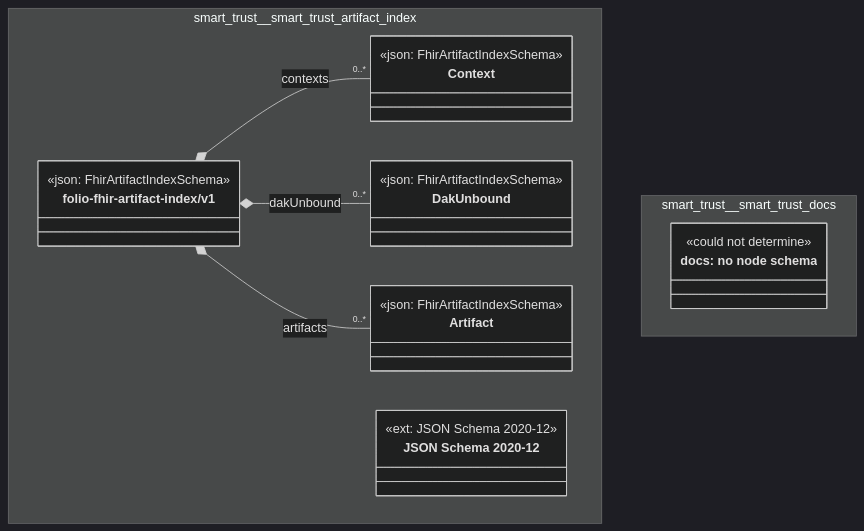
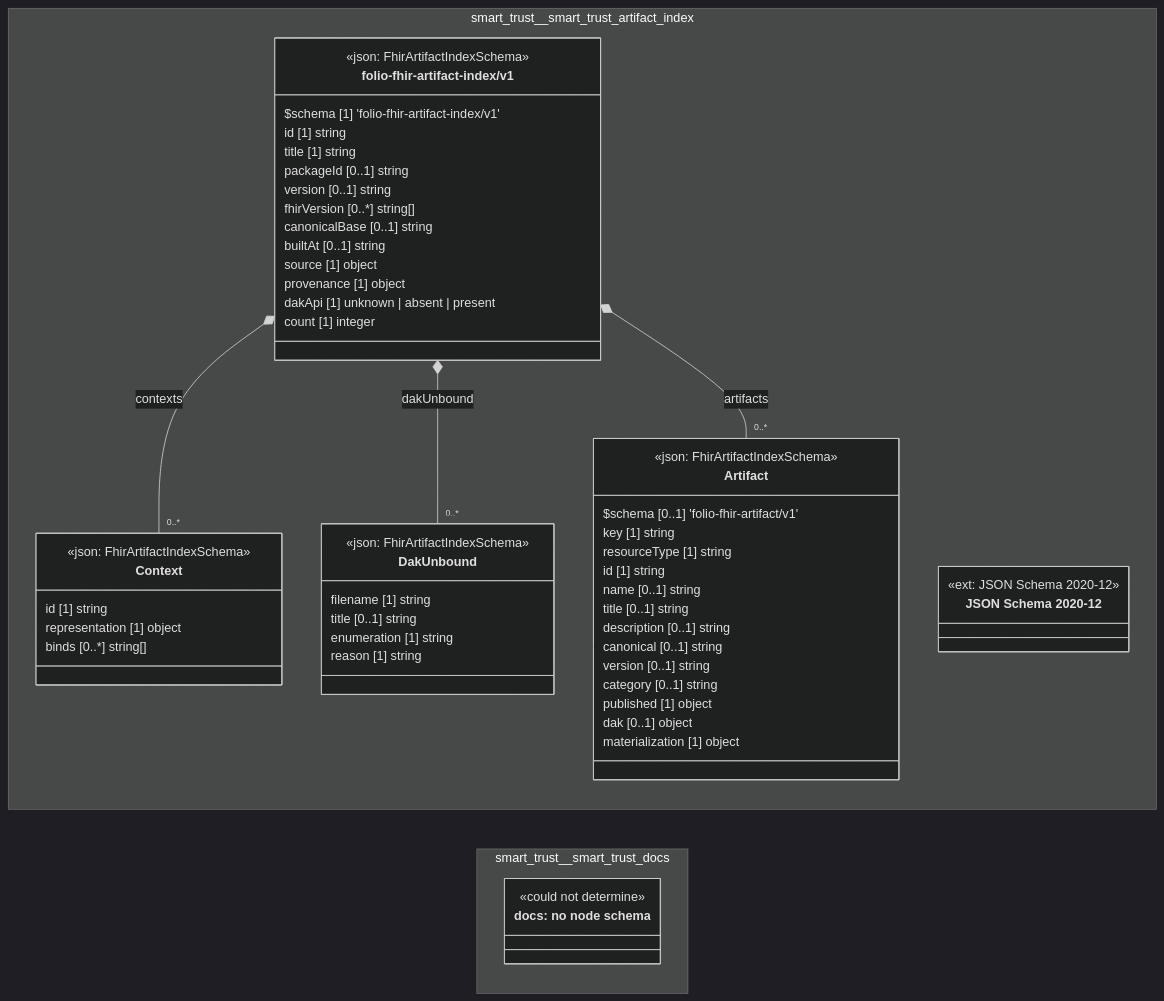
Before and after one commit to litlfred/folio-assistant: the diagram in cat-harness/docs/uml/overview/smart-trust.md, drawn with Mermaid (dark theme). The commit also changed 92 other files, not shown here.

First line of the commit message:
uml: data fields and a vertical stack on the overview; PlantUML coloured from uml.css

````diff
--- a/cat-harness/docs/uml/overview/smart-trust.md
+++ b/cat-harness/docs/uml/overview/smart-trust.md
@@ -12,36 +12,68 @@
 ```mermaid
 classDiagram
-  direction TB
+  direction LR
   namespace smart_trust__smart_trust_artifact_index {
     class smart_trust_smart_trust_artifact_index_folio_fhir_artifact_index_v1_Context["Context"] {
       <<json: FhirArtifactIndexSchema>>
+      id [1] string
+      representation [1] object
+      binds [0..*] string[]
     }
     class smart_trust_smart_trust_artifact_index_folio_fhir_artifact_index_v1_DakUnbound["DakUnbound"] {
       <<json: FhirArtifactIndexSchema>>
+      filename [1] string
+      title [0..1] string
+      enumeration [1] string
+      reason [1] string
     }
     class smart_trust_smart_trust_artifact_index_folio_fhir_artifact_index_v1_Artifact["Artifact"] {
       <<json: FhirArtifactIndexSchema>>
+      $schema [0..1] 'folio-fhir-artifact/v1'
+      key [1] string
+      resourceType [1] string
+      id [1] string
+      name [0..1] string
+      title [0..1] string
+      description [0..1] string
+      canonical [0..1] string
+      version [0..1] string
+      category [0..1] string
+      published [1] object
+      dak [0..1] object
+      materialization [1] object
     }
     class smart_trust_smart_trust_artifact_index_folio_fhir_artifact_index_v1_folio_fhir_artifact_index_v1["folio-fhir-artifact-index/v1"] {
       <<json: FhirArtifactIndexSchema>>
+      $schema [1] 'folio-fhir-artifact-index/v1'
+      id [1] string
+      title [1] string
+      packageId [0..1] string
+      version [0..1] string
+      fhirVersion [0..*] string[]
+      canonicalBase [0..1] string
+      builtAt [0..1] string
+      source [1] object
+      provenance [1] object
+      dakApi [1] unknown | absent | present
+      count [1] integer
     }
     class smart_trust_smart_trust_artifact_index_https___json_schema_org_draft_2020_12_schema["JSON Schema 2020-12"] {
       <<ext: JSON Schema 2020-12>>
     }
   }
   namespace smart_trust__smart_trust_docs {
     class n_smart_trust_smart_trust_docs_docs["docs: no node schema"] {
       <<could not determine>>
     }
   }
   smart_trust_smart_trust_artifact_index_folio_fhir_artifact_index_v1_folio_fhir_artifact_index_v1 *-- "0..*" smart_trust_smart_trust_artifact_index_folio_fhir_artifact_index_v1_Context : contexts
   smart_trust_smart_trust_artifact_index_folio_fhir_artifact_index_v1_folio_fhir_artifact_index_v1 *-- "0..*" smart_trust_smart_trust_artifact_index_folio_fhir_artifact_index_v1_DakUnbound : dakUnbound
   smart_trust_smart_trust_artifact_index_folio_fhir_artifact_index_v1_folio_fhir_artifact_index_v1 *-- "0..*" smart_trust_smart_trust_artifact_index_folio_fhir_artifact_index_v1_Artifact : artifacts
   cssClass "smart_trust_smart_trust_artifact_index_folio_fhir_artifact_index_v1_Context" fa_uml_kind_fhir_artifact_index
   cssClass "smart_trust_smart_trust_artifact_index_folio_fhir_artifact_index_v1_DakUnbound" fa_uml_kind_fhir_artifact_index
   cssClass "smart_trust_smart_trust_artifact_index_folio_fhir_artifact_index_v1_Artifact" fa_uml_kind_fhir_artifact_index
   cssClass "smart_trust_smart_trust_artifact_index_folio_fhir_artifact_index_v1_folio_fhir_artifact_index_v1" fa_uml_kind_fhir_artifact_index
   cssClass "smart_trust_smart_trust_artifact_index_https___json_schema_org_draft_2020_12_schema" fa_uml_kind_fhir_artifact_index
   cssClass "n_smart_trust_smart_trust_docs_docs" fa_uml_kind_docs
   cssClass "n_smart_trust_smart_trust_docs_docs" fa_uml_undetermined
 ```
````
